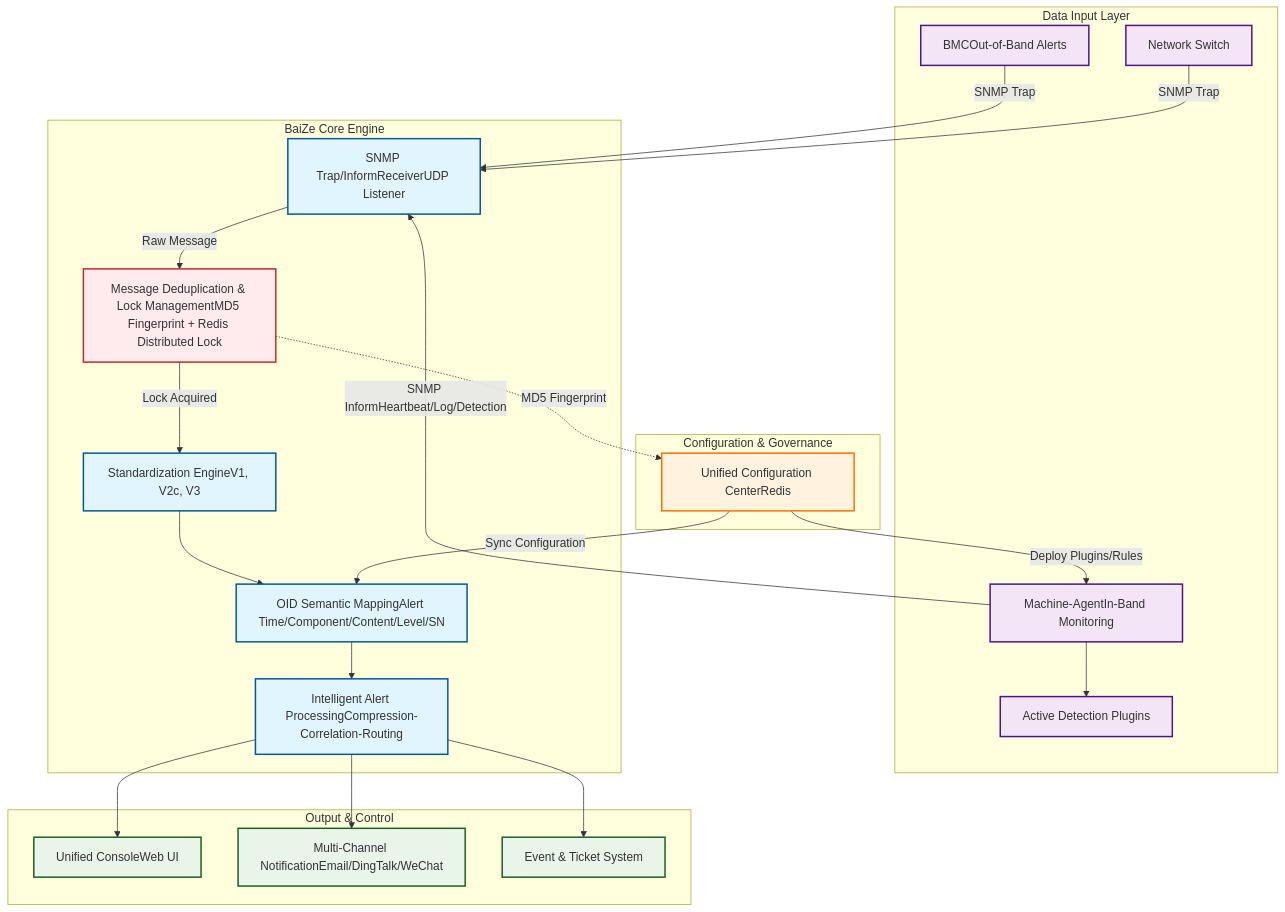
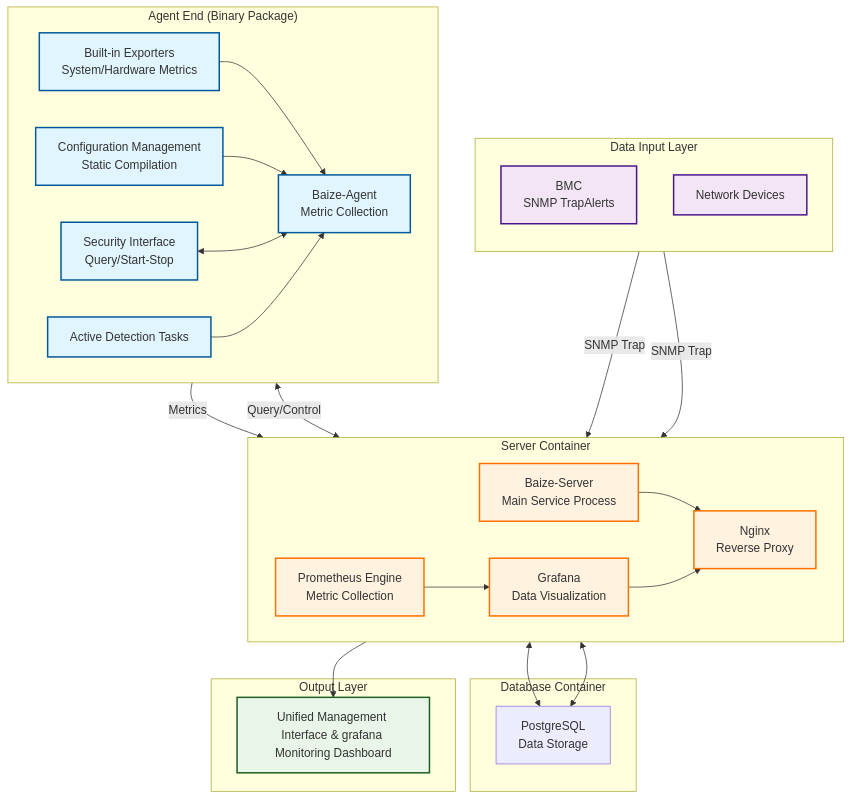
The diagram in README.md (tokyoyoyo/baize-monitor), drawn with Mermaid before and after one commit. The commit also changed other lines of this file and 1 other file, not shown here.

Commit message:
``` docs(readme): update architecture documentation with microservices design
- refactor architecture description from distributed to modern microservices
  architecture with separate database container
- update component descriptions to reflect server container with embedded
  services (Prometheus, Grafana, Nginx) and binary package agent
- redesign mermaid diagram to show new containerized architecture with
  clear separation of concerns
- add detailed deployment process with step-by-step instructions
- update core advantages to emphasize microservices benefits, security
  controls, and unified management
- revise problem statements to better reflect current monitoring challenges
- replace deployment methods with technical features section
```

````diff
--- a/README.md
+++ b/README.md
@@ -26,85 +36,67 @@
 ```mermaid
 graph TB
-    %% Define styles
-    classDef core fill:#e1f5fe,stroke:#01579b,stroke-width:2px
-    classDef input fill:#f3e5f5,stroke:#4a148c,stroke-width:2px
-    classDef config fill:#fff3e0,stroke:#ff6f00,stroke-width:2px
-    classDef output fill:#e8f5e8,stroke:#1b5e20,stroke-width:2px
-    classDef lock fill:#ffebee,stroke:#c62828,stroke-width:2px
+   %% Style definitions
+   classDef core fill:#e1f5fe,stroke:#01579b,stroke-width:2px
+   classDef input fill:#f3e5f5,stroke:#4a148c,stroke-width:2px
+   classDef container fill:#fff3e0,stroke:#ff6f00,stroke-width:2px
+   classDef output fill:#e8f5e8,stroke:#1b5e20,stroke-width:2px
 
-    %% Data Input Layer
-    A1[BMCOut-of-Band Alerts]
-    A2[Network Switch]
-    A3[Machine-AgentIn-Band Monitoring]
-    A4[Active Detection Plugins]
+   %% Data Input Layer - Top
+   subgraph "Data Input Layer"
+      direction TB
+      A1[BMC<br/>SNMP TrapAlerts]
+      A2[Network Devices]
+   end
 
-    %% BaiZe Core Engine
-    B1[SNMP Trap/InformReceiverUDP Listener]
+   %% Agent End - Below Input Layer, as main data source
+   subgraph "Agent End (Binary Package)"
+      direction LR
+      C1[Built-in Exporters<br/>System/Hardware Metrics]
+      C2[Configuration Management<br/>Static Compilation]
+      C3[Security Interface<br/>Query/Start-Stop]
+      C4[Active Detection Tasks]
+      A3[Baize-Agent<br/>Metric Collection]
+      C1 --> A3
+      C2 --> A3
+      C3 <--> A3
+      C4 --> A3
+   end
 
-    %% Added: Distributed Lock Control Layer
-    B1_5[Message Deduplication & Lock ManagementMD5 Fingerprint + Redis Distributed Lock]
+   %% Server Container - Horizontal arrangement
+   subgraph "Server Container"
+      direction LR
+      B2[Prometheus Engine<br/>Metric Collection]
+      B1[Baize-Server<br/>Main Service Process]
+      B3[Grafana<br/>Data Visualization]
+      B5[Nginx<br/>Reverse Proxy]
+   end
 
-    B2[Standardization EngineV1, V2c, V3]
-    B3[OID Semantic MappingAlert Time/Component/Content/Level/SN]
-    B4[Intelligent Alert ProcessingCompression-Correlation-Routing]
+   %% Database Container
+   subgraph "Database Container"
+      B4[PostgreSQL<br/>Data Storage]
+   end
 
-    %% Configuration & Governance
-    C[Unified Configuration CenterRedis]
+   %% Output Layer - Bottom
+   subgraph "Output Layer"
+      D1[Unified Management Interface & grafana Monitoring Dashboard]
+   end
 
-    %% Output & Control
-    D1[Unified ConsoleWeb UI]
-    D2[Multi-Channel NotificationEmail/DingTalk/WeChat]
-    D3[Event & Ticket System]
+   %% Connections
+   A1 -->|SNMP Trap| B1
+   A2 -->|SNMP Trap| B1
+   A3 -->|Metrics| B2
+   C3 <-->|Query/Control| B1
+   B1 <--> B4
+   B3 <--> B4
+   B1 --> B5
+   B3 --> B5
+   B5 --> D1
+   B2 --> B3
 
-    %% Connection Relationships
-    A1 -->|SNMP Trap| B1
-    A2 -->|SNMP Trap| B1
-    A3 -->|SNMP InformHeartbeat/Log/Detection| B1
-    A3 --> A4
+   class B1,B2,B3,B5 container
+   class B4 database
+   class A1,A2 input
+   class C1,C2,C3,C4,A3 core
+   class D1 output
 
-    B1 -->|Raw Message| B1_5
-    B1_5 -->|Lock Acquired| B2
-    B1_5 -.->|MD5 Fingerprint| C
-    B2 --> B3
-    B3 --> B4
-
-    C -->|Sync Configuration| B3
-    C -->|Deploy Plugins/Rules| A3
-
-    B4 --> D1
-    B4 --> D2
-    B4 --> D3
-
-    %% Apply styles
-    class B1,B2,B3,B4 core
-    class A1,A2,A3,A4 input
-    class C config
-    class D1,D2,D3 output
-    class B1_5 lock
-
-    %% Grouping boxes
-    subgraph Data Input Layer
-        A1
-        A2
-        A3
-        A4
-    end
-
-    subgraph BaiZe Core Engine
-        B1
-        B1_5
-        B2
-        B3
-        B4
-    end
-
-    subgraph Configuration & Governance
-        C
-    end
-
-    subgraph Output & Control
-        D1
-        D2
-        D3
-    end
 ```
````
